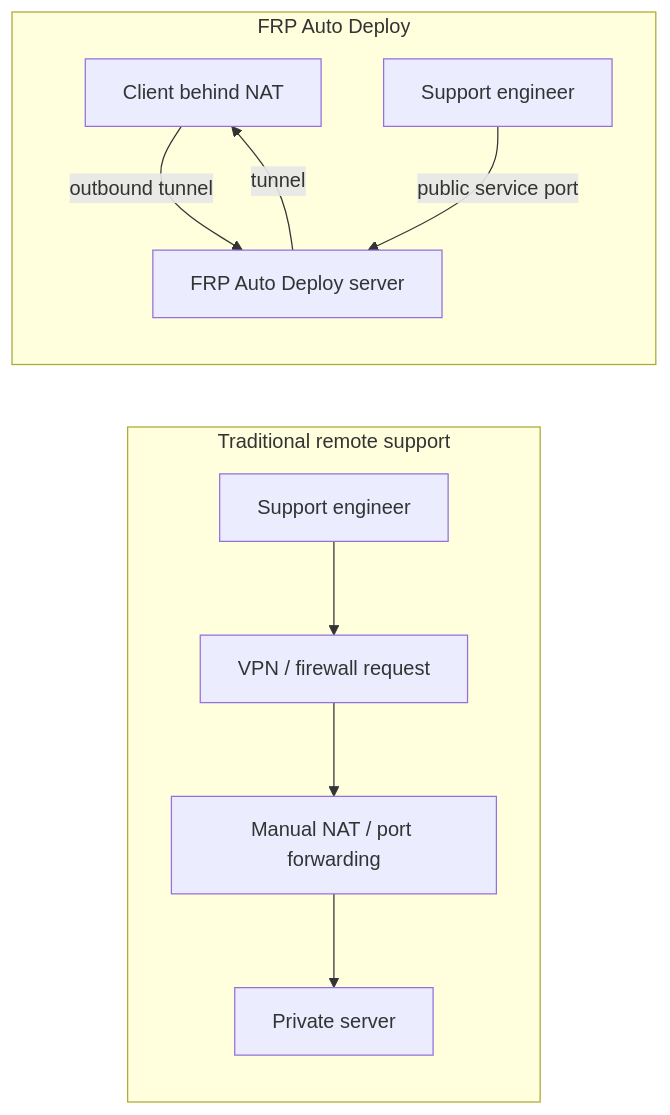
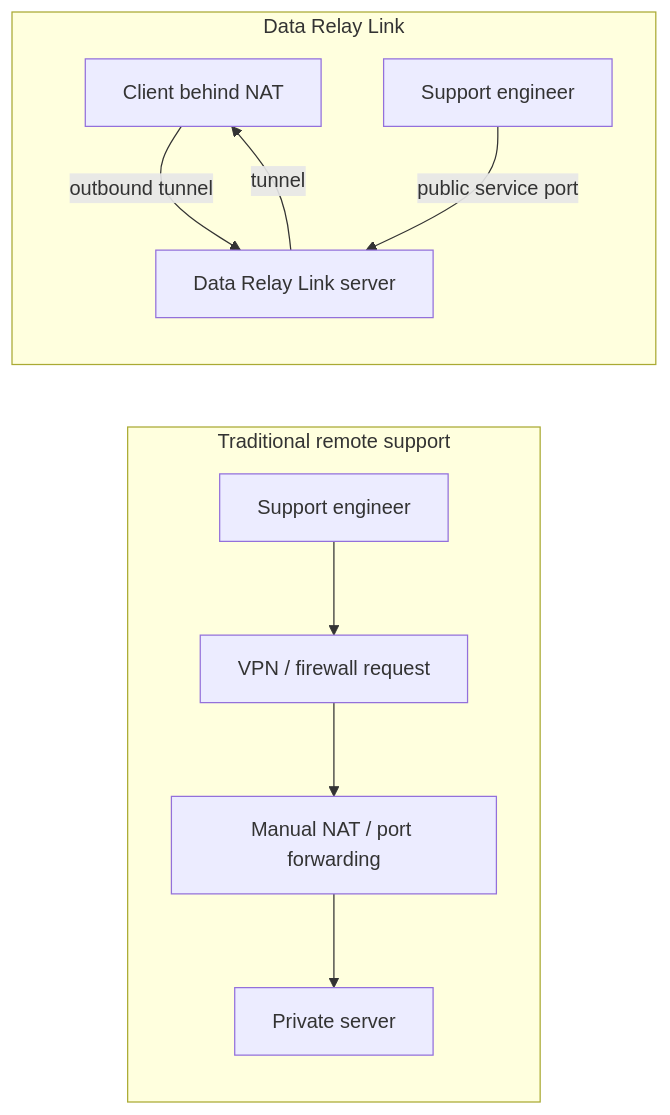
Before and after one commit to datarelay-labs/data-relay-link-docs: the first of 4 diagrams in getting-started/concepts.mdx, drawn with Mermaid. The commit also changed other lines of this file and 36 other files, not shown here.

````diff
--- a/getting-started/concepts.mdx
+++ b/getting-started/concepts.mdx
@@ -18,14 +18,14 @@
 ```mermaid
 flowchart LR
     subgraph BEFORE[Traditional remote support]
       O1[Support engineer] --> V[VPN / firewall request]
       V --> N[Manual NAT / port forwarding]
       N --> H1[Private server]
     end
 
-    subgraph AFTER[FRP Auto Deploy]
-      C[Client behind NAT] -->|outbound tunnel| S[FRP Auto Deploy server]
+    subgraph AFTER[Data Relay Link]
+      C[Client behind NAT] -->|outbound tunnel| S[Data Relay Link server]
       O2[Support engineer] -->|public service port| S
       S -->|tunnel| C
     end
 ```
````
